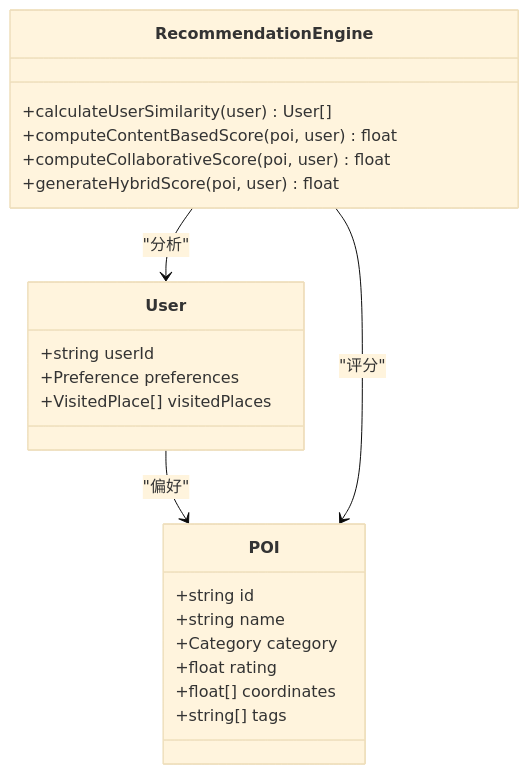
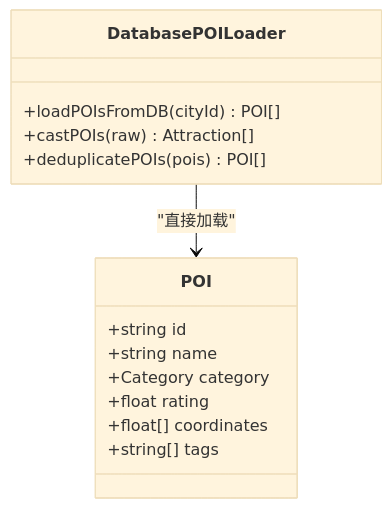
Before and after one commit to ititjjy/AITrip-plan: the eighth of 15 diagrams in .qoder/repowiki/zh/content/项目概述/核心功能特性/POI搜索与推荐系统.md, drawn with Mermaid (base theme). The commit also changed other lines of this file and 144 other files, not shown here.

````diff
--- a/.qoder/repowiki/zh/content/项目概述/核心功能特性/POI搜索与推荐系统.md
+++ b/.qoder/repowiki/zh/content/项目概述/核心功能特性/POI搜索与推荐系统.md
@@ -322,25 +344,17 @@
 ```mermaid
 classDiagram
-class User {
-+string userId
-+Preference preferences
-+VisitedPlace[] visitedPlaces
+class DatabasePOILoader {
++loadPOIsFromDB(cityId) POI[]
++castPOIs(raw) Attraction[]
++deduplicatePOIs(pois) POI[]
 }
 class POI {
 +string id
 +string name
 +Category category
 +float rating
 +float[] coordinates
 +string[] tags
 }
-class RecommendationEngine {
-+calculateUserSimilarity(user) User[]
-+computeContentBasedScore(poi, user) float
-+computeCollaborativeScore(poi, user) float
-+generateHybridScore(poi, user) float
-}
-User --> POI : "偏好"
-RecommendationEngine --> User : "分析"
-RecommendationEngine --> POI : "评分"
+DatabasePOILoader --> POI : "直接加载"
 ```
````
